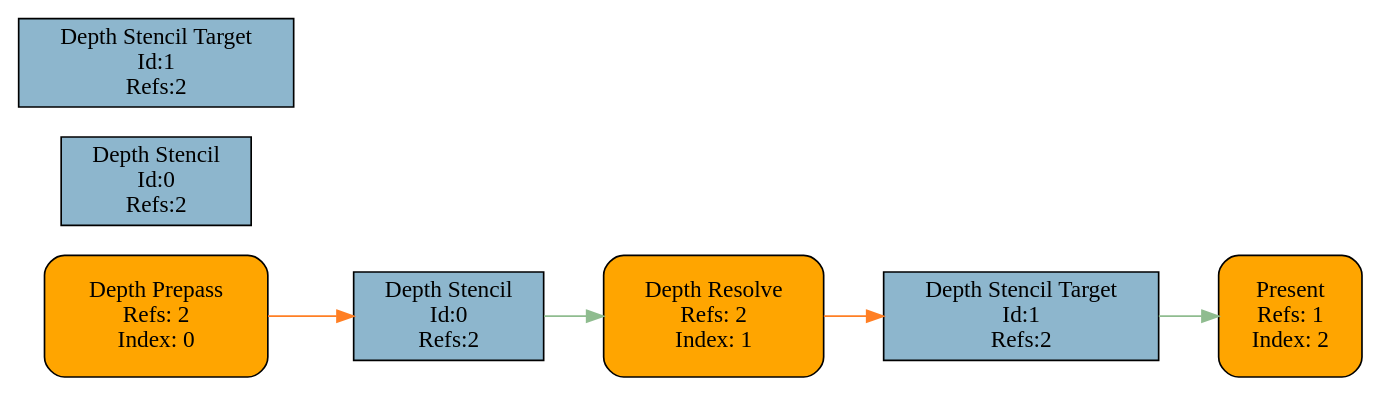
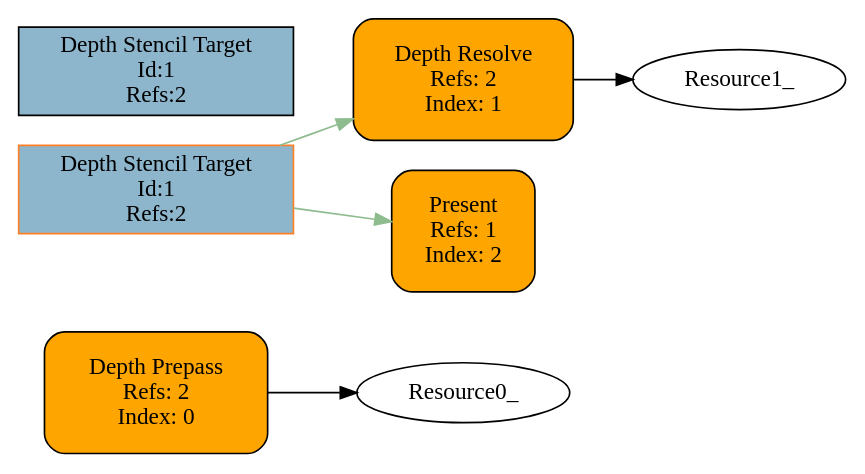
One commit to feixus/StudyNotes changed the diagram in DX12/D3D12Research/D3D12/graph.gv. Above: the diagram before and after it, drawn with Graphviz. The commit also changed 11 other files, not shown here.

```diff
--- a/DX12/D3D12Research/D3D12/graph.gv
+++ b/DX12/D3D12Research/D3D12/graph.gv
@@ -1,34 +1,34 @@
-digraph RenderGraph {
+digraph RGGraph {
 rankdir = LR
 Pass0 [shape=rectangle, style="filled, rounded", margin=0.2, fillcolor = orange, label = "Depth Prepass
 Refs: 2
 Index: 0"]
 Pass1 [shape=rectangle, style="filled, rounded", margin=0.2, fillcolor = orange, label = "Depth Resolve
 Refs: 2
 Index: 1"]
 Pass2 [shape=rectangle, style="filled, rounded", margin=0.2, fillcolor = orange, label = "Present
 Refs: 1
 Index: 2"]
-Resource0_0 [shape=rectangle, style=filled, fillcolor = lightskyblue3, label = "Depth Stencil
+Resource0_-842150451 [shape=rectangle, style=filled, fillcolor = lightskyblue3, label = "Depth Stencil
 Id:0
 Refs:2"]
-Resource1_0 [shape=rectangle, style=filled, fillcolor = lightskyblue3, label = "Depth Stencil Target
+Resource1_-842150451 [shape=rectangle, style=filled, fillcolor = lightskyblue3, label = "Depth Stencil Target
 Id:1
 Refs:2"]
-Resource0_1 [shape=rectangle, style=filled, fillcolor = lightskyblue3, label = "Depth Stencil
+Resource0_-842150450 [shape=rectangle, style=filled, fillcolor = lightskyblue3, label = "Depth Stencil
 Id:0
 Refs:2"]
-Resource1_1 [shape=rectangle, style=filled, fillcolor = lightskyblue3, label = "Depth Stencil Target
+Resource1_-842150450 [shape=rectangle, style=filled, fillcolor = lightskyblue3, label = "Depth Stencil Target
 Id:1
 Refs:2"]
-Pass0 -> Resource0_1[color=chocolate1]
-Pass1 -> Resource1_1[color=chocolate1]
+Pass0 -> Resource0_-842150450[color=chocolate1]
+Pass1 -> Resource1_-842150450[color=chocolate1]
 
-Resource0_0 -> {
-} [color=darkseagreen]Resource1_0 -> {
-} [color=darkseagreen]Resource0_1 -> {
+Resource0_-842150451 -> {
+} [color=darkseagreen]Resource1_-842150451 -> {
+} [color=darkseagreen]Resource0_-842150450 -> {
 Pass1
-} [color=darkseagreen]Resource1_1 -> {
+} [color=darkseagreen]Resource1_-842150450 -> {
 Pass2
 } [color=darkseagreen]
 }
```
